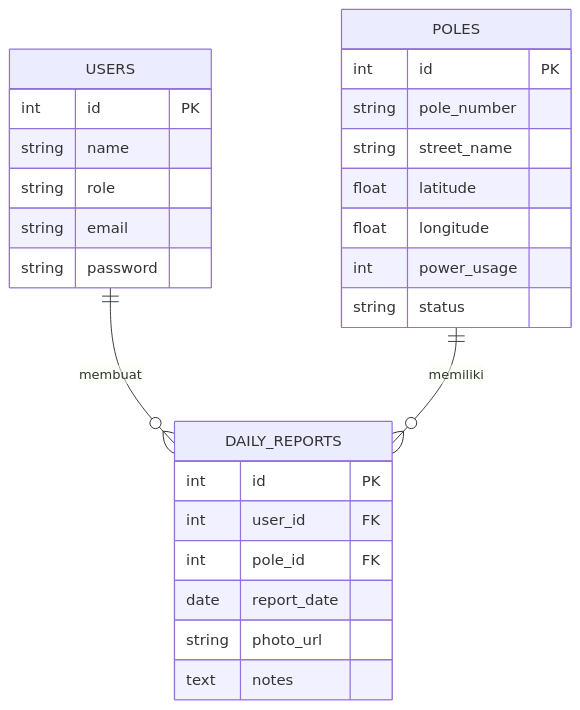
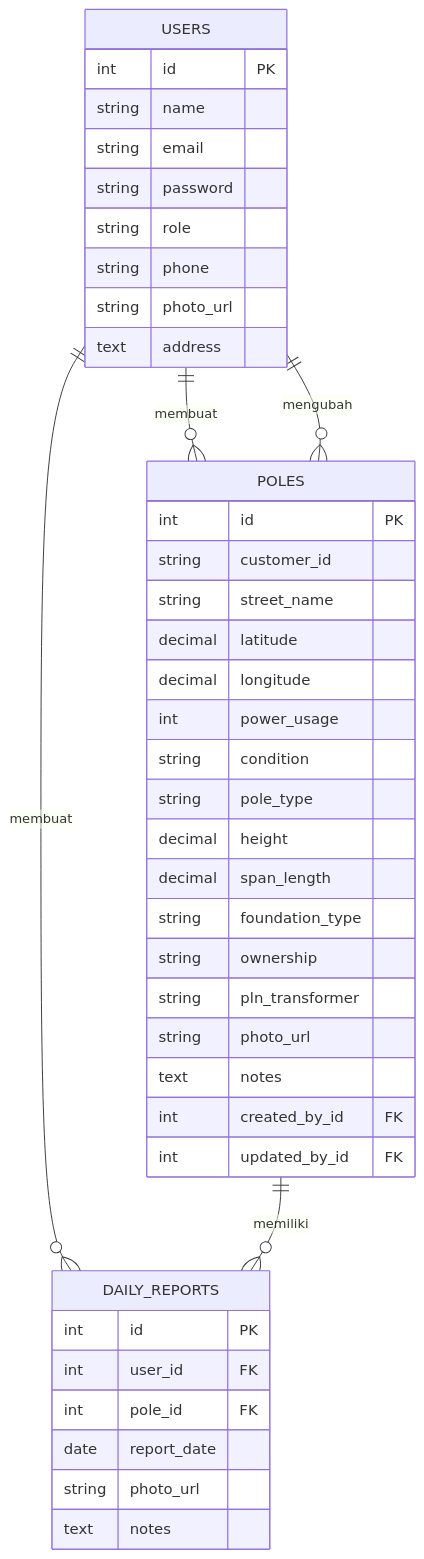
Before and after one commit to penerangan73-blip/apptiang: the second of 2 diagrams in prd.md, drawn with Mermaid. The commit also changed other lines of this file and 87 other files, not shown here.

````diff
--- a/prd.md
+++ b/prd.md
@@ -79,32 +117,47 @@
 ```mermaid
 erDiagram
     USERS ||--o{ DAILY_REPORTS : "membuat"
+    USERS ||--o{ POLES : "membuat"
+    USERS ||--o{ POLES : "mengubah"
     POLES ||--o{ DAILY_REPORTS : "memiliki"
 
     USERS {
         int id PK
         string name
-        string role
         string email
         string password
+        string role
+        string phone
+        string photo_url
+        text address
     }
 
     POLES {
         int id PK
-        string pole_number
+        string customer_id
         string street_name
-        float latitude
-        float longitude
+        decimal latitude
+        decimal longitude
         int power_usage
-        string status
+        string condition
+        string pole_type
+        decimal height
+        decimal span_length
+        string foundation_type
+        string ownership
+        string pln_transformer
+        string photo_url
+        text notes
+        int created_by_id FK
+        int updated_by_id FK
     }
 
     DAILY_REPORTS {
         int id PK
         int user_id FK
         int pole_id FK
         date report_date
         string photo_url
         text notes
     }
 ```
````
